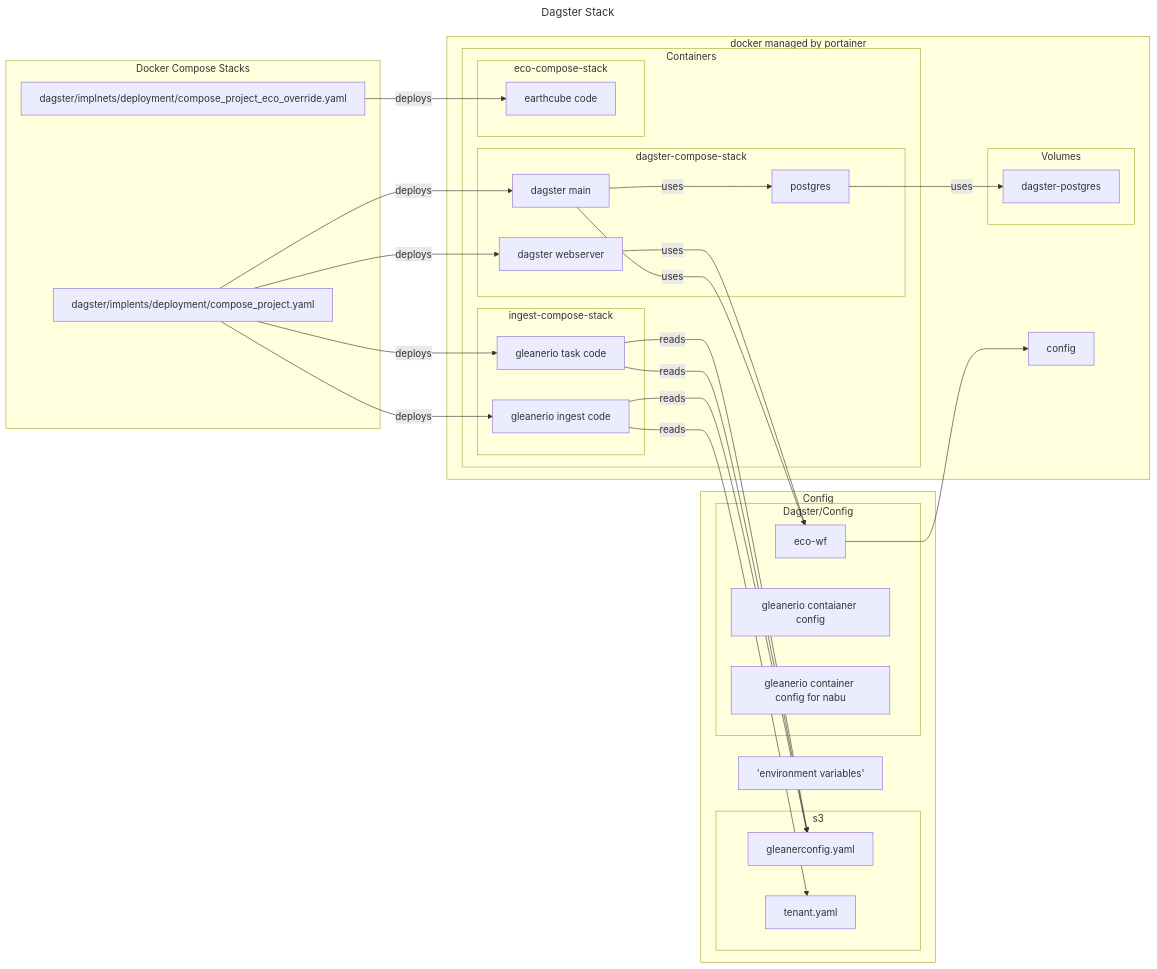
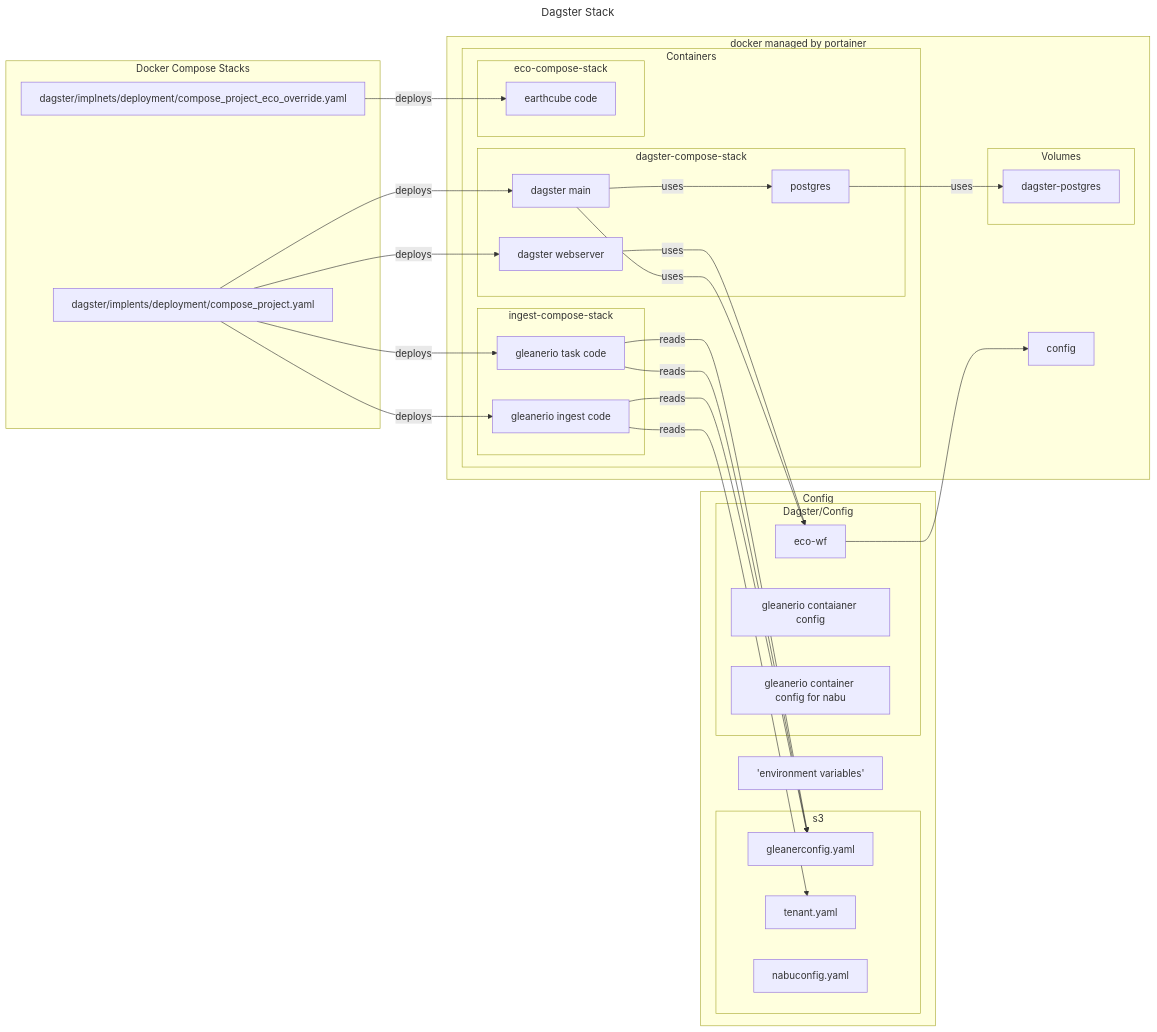
Before and after one commit to earthcube/scheduler: the second of 5 diagrams in docs/README.md, drawn with Mermaid. The commit also changed other lines of this file and 5 other files, not shown here.

````diff
--- a/docs/README.md
+++ b/docs/README.md
@@ -68,62 +69,62 @@
 ```mermaid
 ---
 title: Dagster Stack
 ---
 flowchart LR
     subgraph DockerCompose[Docker Compose Stacks]
             maincompose[dagster/implents/deployment/compose_project.yaml]
             project_overrides[dagster/implnets/deployment/compose_project_eco_override.yaml]
     end
     
     subgraph Config
          subgraph s3
             gleanconfig[gleanerconfig.yaml]
             tenant[tenant.yaml]
-            
+            nabu[nabuconfig.yaml]
         end
         
         subgraph Dagster/Config
             workflow[ eco-wf ]
             container-config-gleaner[gleanerio contaianer config]
             container-config-nabu[gleanerio container config for nabu]
         end
         env['environment variables']
 
     end
     subgraph docker[docker managed by portainer]
     
         subgraph Containers
             subgraph dagster-compose-stack
                 dagit
                 dagster
                 postgres
             end
             subgraph ingest-compose-stack
                 ingest
                 tasks
             end
             subgraph eco-compose-stack
                 ecrr
             end
         end
         config
         subgraph Volumes
             dagster-postgres
         end
     end
     postgres--uses-->dagster-postgres
     dagster--uses-->workflow
     dagit--uses-->workflow
     workflow-->config
     maincompose--deploys-->dagit[dagster webserver]
     maincompose--deploys-->dagster[dagster main]
     maincompose--deploys-->ingest[gleanerio ingest code]
     maincompose--deploys-->tasks[gleanerio task code]
     project_overrides--deploys-->ecrr[earthcube code]
     ingest--reads-->gleanconfig
     ingest--reads-->tenant
     tasks--reads-->gleanconfig
     tasks--reads-->gleanconfig
     dagster--uses-->postgres
     
 ```
````
